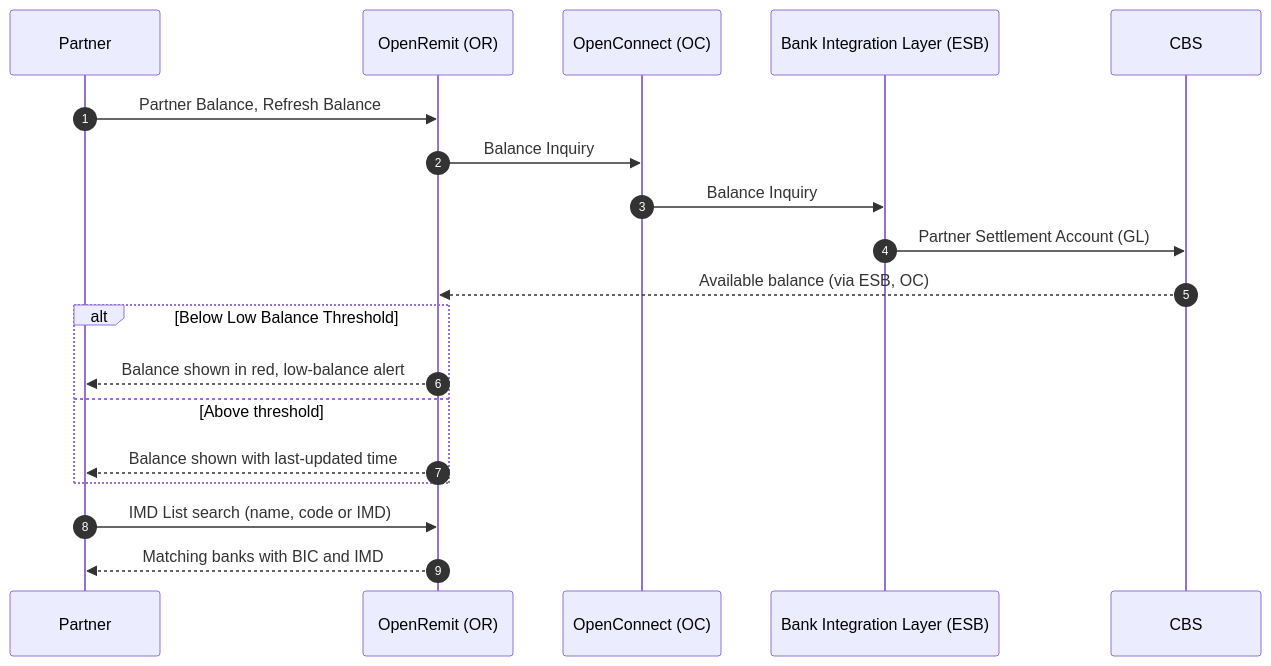
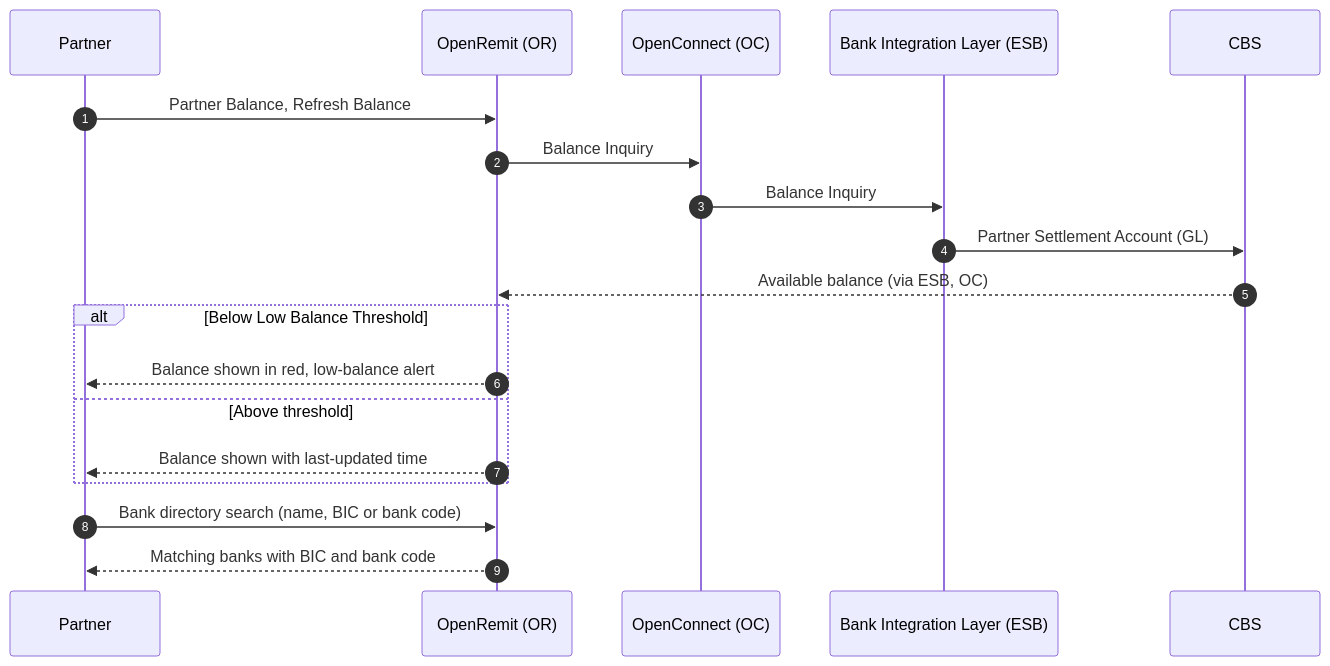
One commit to paysyslab/OpenRemit changed the diagram in docs/features/non-financial/balance-imd-dashboards.md. Above: the diagram before and after it, drawn with Mermaid. The commit also changed other lines of this file and 38 other files, not shown here.

````diff
--- a/docs/features/non-financial/balance-imd-dashboards.md
+++ b/docs/features/non-financial/balance-imd-dashboards.md
@@ -63,23 +67,23 @@
 ```mermaid
 sequenceDiagram
     autonumber
     participant P as Partner
     participant OR as OpenRemit (OR)
     participant OC as OpenConnect (OC)
     participant ESB as Bank Integration Layer (ESB)
     participant CBS
 
     P->>OR: Partner Balance, Refresh Balance
     OR->>OC: Balance Inquiry
     OC->>ESB: Balance Inquiry
     ESB->>CBS: Partner Settlement Account (GL)
     CBS-->>OR: Available balance (via ESB, OC)
     alt Below Low Balance Threshold
         OR-->>P: Balance shown in red, low-balance alert
     else Above threshold
         OR-->>P: Balance shown with last-updated time
     end
 
-    P->>OR: IMD List search (name, code or IMD)
-    OR-->>P: Matching banks with BIC and IMD
+    P->>OR: Bank directory search (name, BIC or bank code)
+    OR-->>P: Matching banks with BIC and bank code
 ```
````
